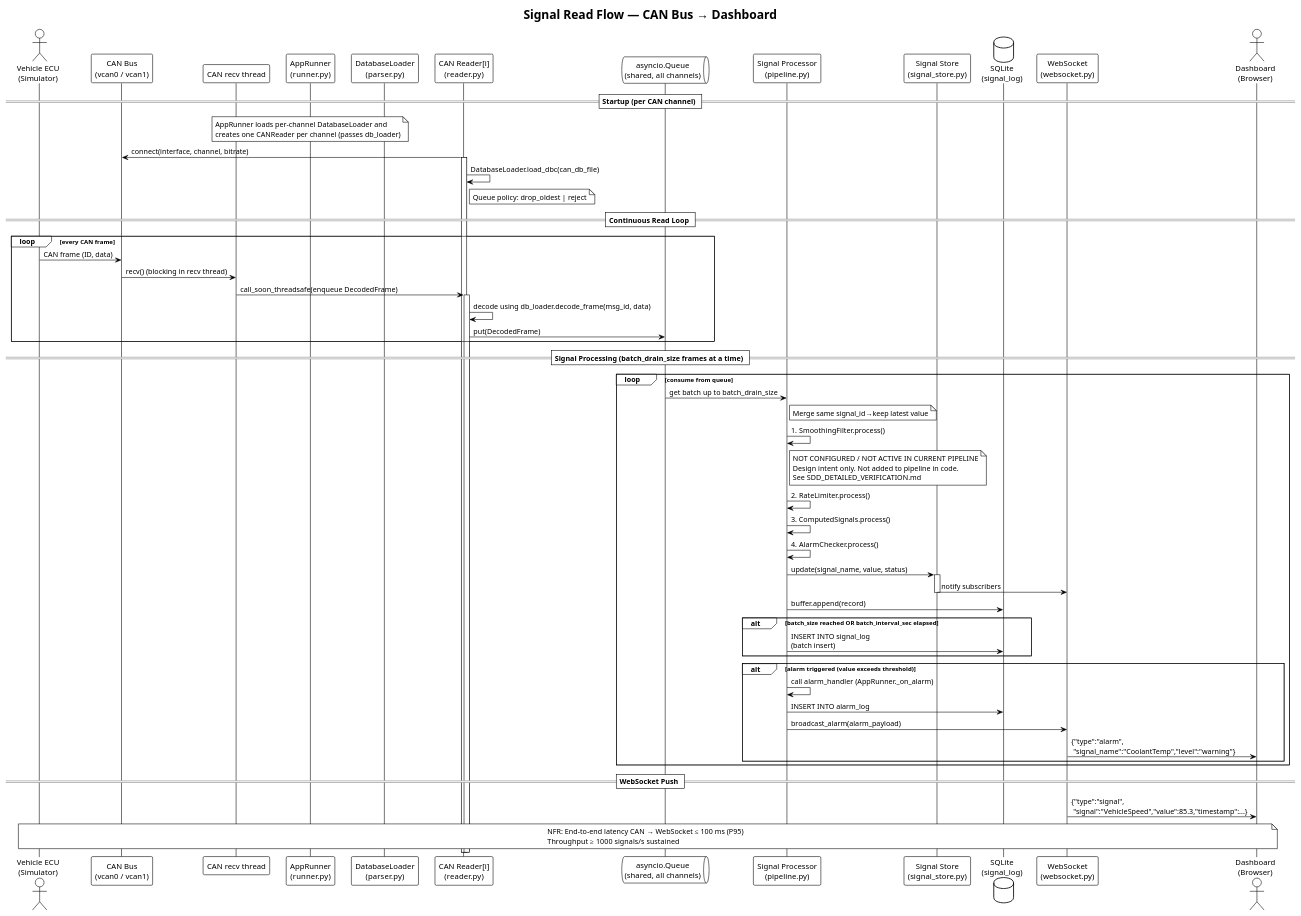
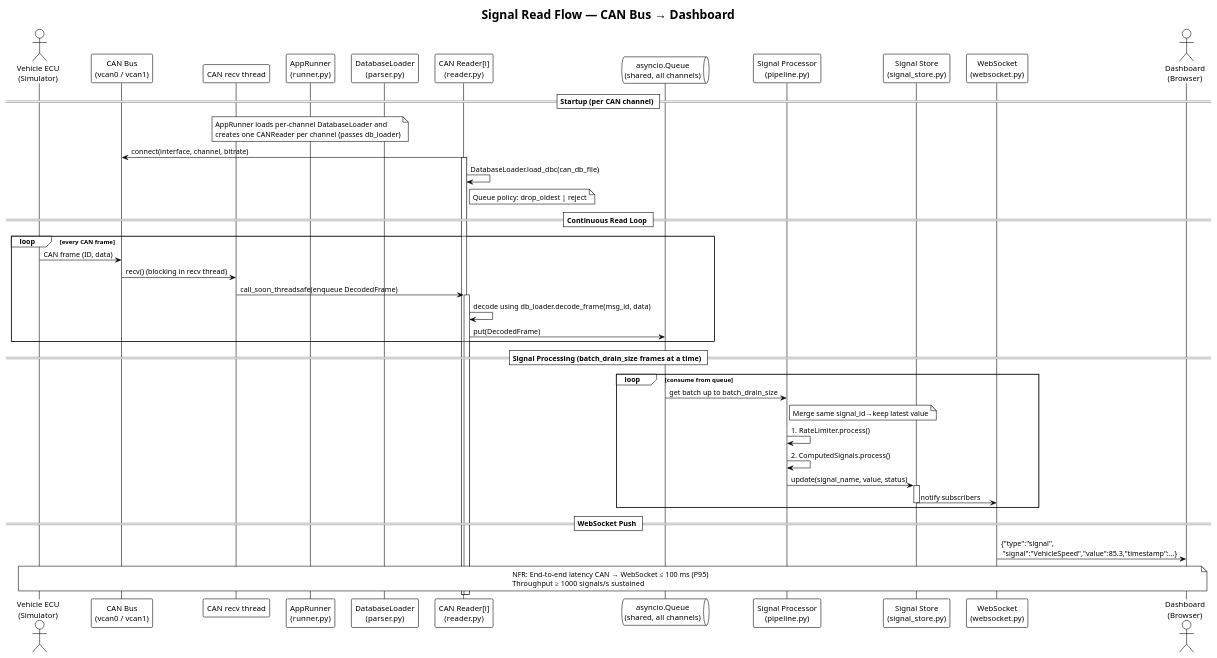
The diagram in diagram/SDD/SDD_sequence_signal_read.puml (3tdn/car-hmi), drawn with PlantUML before and after one commit. The commit also changed 58 other files, not shown here.

```diff
--- a/diagram/SDD/SDD_sequence_signal_read.puml
+++ b/diagram/SDD/SDD_sequence_signal_read.puml
@@ -1,78 +1,58 @@
 @startuml Sequence - Signal Read Flow
 !theme plain
 title Signal Read Flow — CAN Bus → Dashboard
 
 actor "Vehicle ECU\n(Simulator)" as ecu
 participant "CAN Bus\n(vcan0 / vcan1)" as bus
 participant "CAN recv thread" as recv_thread
 participant "AppRunner\n(runner.py)" as runner
 participant "DatabaseLoader\n(parser.py)" as parser
 participant "CAN Reader[i]\n(reader.py)" as reader
 queue "asyncio.Queue\n(shared, all channels)" as q
 participant "Signal Processor\n(pipeline.py)" as proc
 participant "Signal Store\n(signal_store.py)" as store
-database "SQLite\n(signal_log)" as db
 participant "WebSocket\n(websocket.py)" as ws
 actor "Dashboard\n(Browser)" as dash
 
 == Startup (per CAN channel) ==
 note over runner
   AppRunner loads per-channel DatabaseLoader and
   creates one CANReader per channel (passes db_loader)
 end note
 reader -> bus : connect(interface, channel, bitrate)
 activate reader
 reader -> reader : DatabaseLoader.load_dbc(can_db_file)
 note right of reader : Queue policy: drop_oldest | reject
 
 == Continuous Read Loop ==
 loop every CAN frame
     ecu -> bus : CAN frame (ID, data)
     bus -> recv_thread : recv() (blocking in recv thread)
     recv_thread -> reader : call_soon_threadsafe(enqueue DecodedFrame)
     activate reader
     reader -> reader : decode using db_loader.decode_frame(msg_id, data)
     reader -> q : put(DecodedFrame)
 end
 
 == Signal Processing (batch_drain_size frames at a time) ==
 loop consume from queue
     q -> proc : get batch up to batch_drain_size
     note right of proc : Merge same signal_id→keep latest value
-    proc -> proc : 1. SmoothingFilter.process()
-    note right of proc
-      NOT CONFIGURED / NOT ACTIVE IN CURRENT PIPELINE
-      Design intent only. Not added to pipeline in code.
-      See SDD_DETAILED_VERIFICATION.md
-    end note
-    proc -> proc : 2. RateLimiter.process()
-    proc -> proc : 3. ComputedSignals.process()
-    proc -> proc : 4. AlarmChecker.process()
+    proc -> proc : 1. RateLimiter.process()
+    proc -> proc : 2. ComputedSignals.process()
     
     proc -> store : update(signal_name, value, status)
     activate store
     store -> ws : notify subscribers
     deactivate store
-    
-    proc -> db : buffer.append(record)
-    alt batch_size reached OR batch_interval_sec elapsed
-        proc -> db : INSERT INTO signal_log\n(batch insert)
-    end
-
-    alt alarm triggered (value exceeds threshold)
-        proc -> proc : call alarm_handler (AppRunner._on_alarm)
-        proc -> db : INSERT INTO alarm_log
-        proc -> ws : broadcast_alarm(alarm_payload)
-        ws -> dash : {"type":"alarm",\n "signal_name":"CoolantTemp","level":"warning"}
-    end
 end
 
 == WebSocket Push ==
 ws -> dash : {"type":"signal",\n "signal":"VehicleSpeed","value":85.3,"timestamp":...}
 
 note over ecu, dash
   NFR: End-to-end latency CAN → WebSocket ≤ 100 ms (P95)
   Throughput ≥ 1000 signals/s sustained
 end note
 
 @enduml
```
